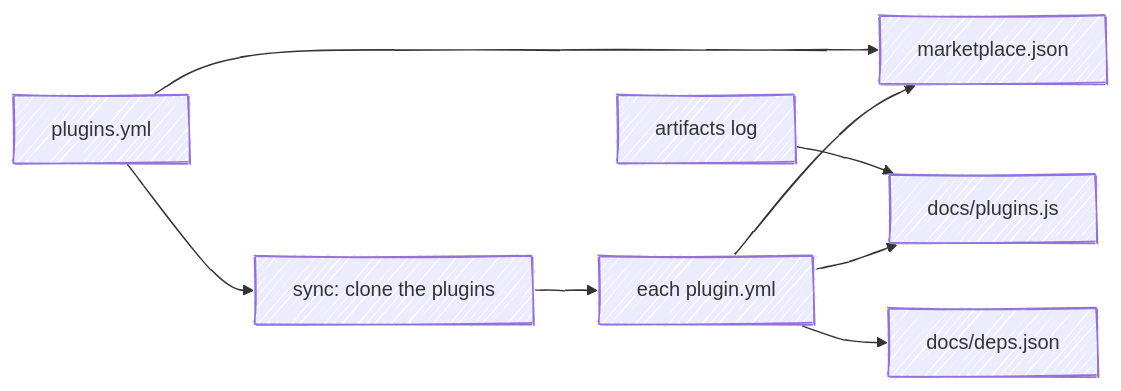
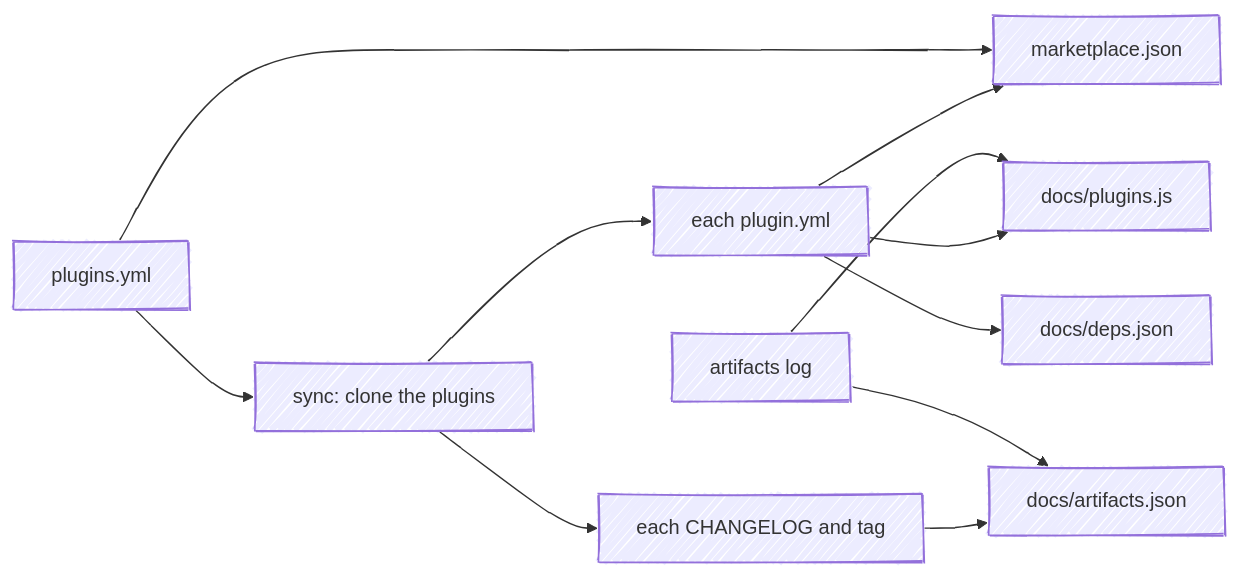
Before and after one commit to chris-peterson/shipyard: the second of 4 diagrams in docs/how-it-works.md, drawn with Mermaid. The commit also changed other lines of this file and 13 other files, not shown here.

````diff
--- a/docs/how-it-works.md
+++ b/docs/how-it-works.md
@@ -136,11 +136,14 @@
 ```mermaid
 %%{ init: { 'look': 'handDrawn' } }%%
 flowchart LR
   roster["plugins.yml"] --> sync["sync: clone the plugins"]
   sync --> spokes["each plugin.yml"]
   roster --> mp["marketplace.json"]
   spokes --> mp
   log["artifacts log"] --> js["docs/plugins.js"]
   spokes --> js
   spokes --> deps["docs/deps.json"]
+  sync --> tags["each CHANGELOG and tag"]
+  log --> growth["docs/artifacts.json"]
+  tags --> growth
 ```
````
